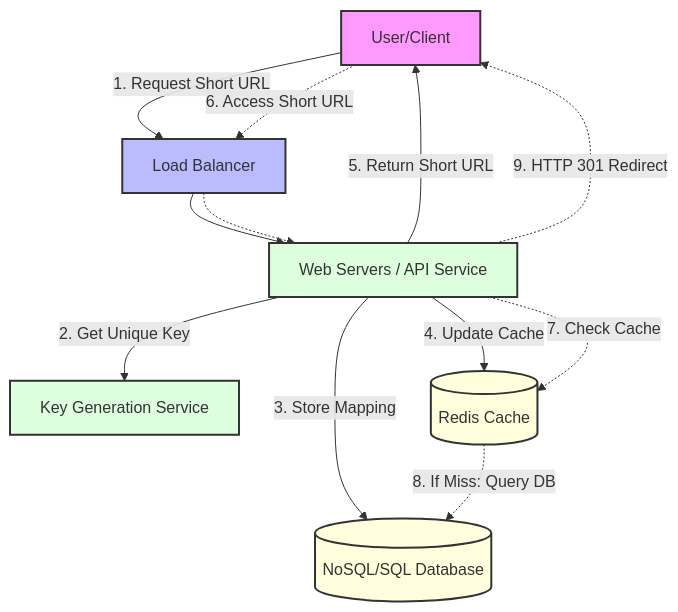
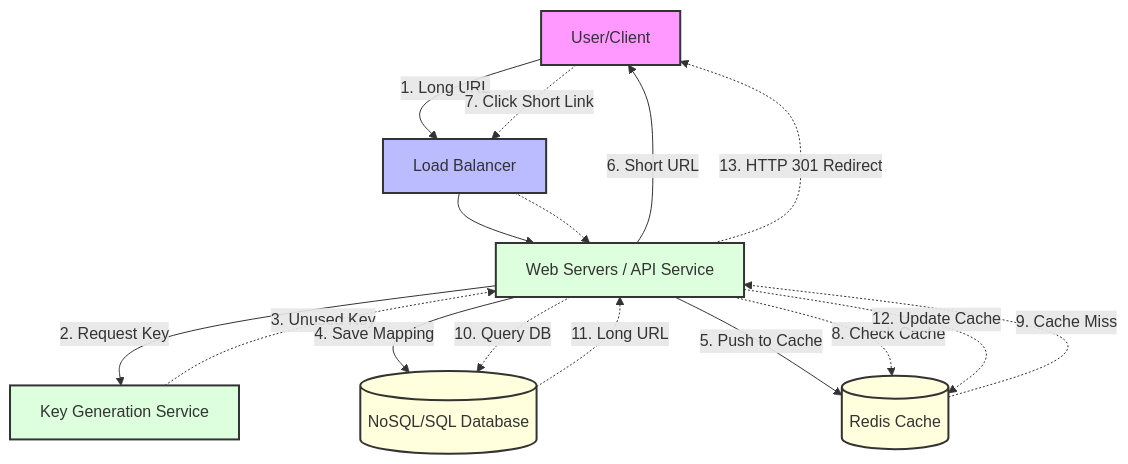
Before and after one commit to Haririshikesh/system-design-deep-dive: the diagram in foundational-utilities/url-shortener/README.md, drawn with Mermaid.

Commit message:
docs(url-shortener): add mermaid

````diff
--- a/foundational-utilities/url-shortener/README.md
+++ b/foundational-utilities/url-shortener/README.md
@@ -39,30 +39,34 @@
 ```mermaid
 graph TD
     %% Define Styles
     classDef client fill:#f9f,stroke:#333,stroke-width:2px;
     classDef traffic fill:#bbf,stroke:#333,stroke-width:2px;
     classDef app fill:#dfd,stroke:#333,stroke-width:2px;
     classDef data fill:#ffd,stroke:#333,stroke-width:2px;
 
     User[User/Client]:::client
     LB[Load Balancer]:::traffic
     WS[Web Servers / API Service]:::app
     KGS[Key Generation Service]:::app
     Cache[(Redis Cache)]:::data
     DB[(NoSQL/SQL Database)]:::data
 
-    %% Write Flow
-    User -->|1. Request Short URL| LB
+    %% Write Flow (Creating a link)
+    User -->|1. Long URL| LB
     LB --> WS
-    WS -->|2. Get Unique Key| KGS
-    WS -->|3. Store Mapping| DB
-    WS -->|4. Update Cache| Cache
-    WS -->|5. Return Short URL| User
+    WS -->|2. Request Key| KGS
+    KGS -.->|3. Unused Key| WS
+    WS -->|4. Save Mapping| DB
+    WS -->|5. Push to Cache| Cache
+    WS -->|6. Short URL| User
 
-    %% Read Flow
-    User -.->|6. Access Short URL| LB
+    %% Read Flow (Clicking a link)
+    User -.->|7. Click Short Link| LB
     LB -.-> WS
-    WS -.->|7. Check Cache| Cache
-    Cache -.->|8. If Miss: Query DB| DB
-    WS -.->|9. HTTP 301 Redirect| User
+    WS -.->|8. Check Cache| Cache
+    Cache -.->|9. Cache Miss| WS
+    WS -.->|10. Query DB| DB
+    DB -.->|11. Long URL| WS
+    WS -.->|12. Update Cache| Cache
+    WS -.->|13. HTTP 301 Redirect| User
 ```
````
